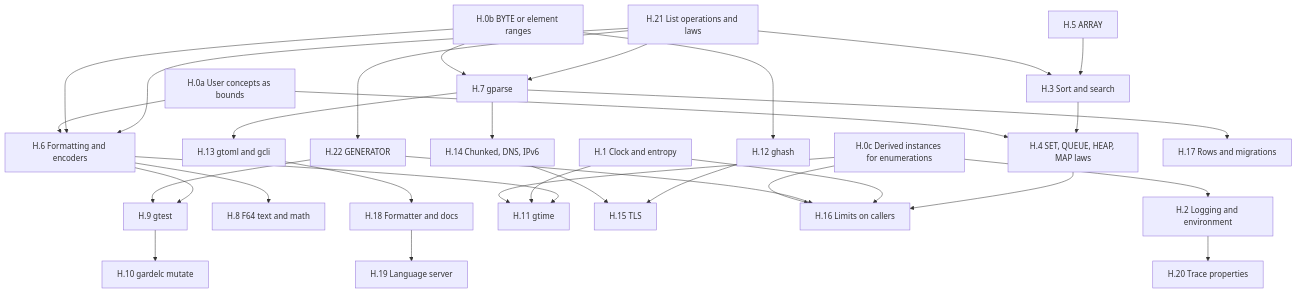
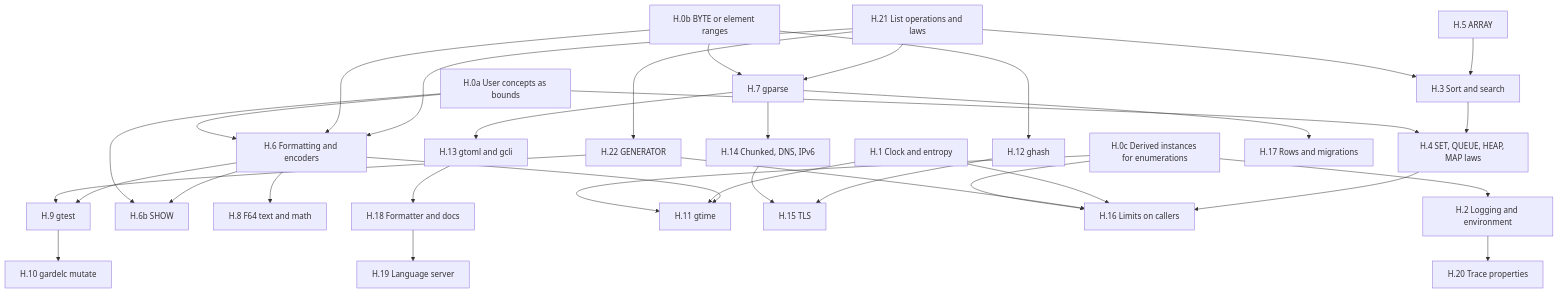
The diagram in plan/libraries/library_essentials.md (GardelPL/gardel), drawn with Mermaid before and after one commit. The commit also changed other lines of this file and 16 other files, not shown here.

````diff
--- a/plan/libraries/library_essentials.md
+++ b/plan/libraries/library_essentials.md
@@ -70,55 +70,58 @@
 ```mermaid
 flowchart TD
     H0a["H.0a User concepts as bounds"]
     H0b["H.0b BYTE or element ranges"]
     H0c["H.0c Derived instances for enumerations"]
     H21["H.21 List operations and laws"]
     H22["H.22 GENERATOR"]
     H1["H.1 Clock and entropy"]
     H2["H.2 Logging and environment"]
     H3["H.3 Sort and search"]
     H4["H.4 SET, QUEUE, HEAP, MAP laws"]
     H5["H.5 ARRAY"]
     H6["H.6 Formatting and encoders"]
+    H6b["H.6b SHOW"]
     H7["H.7 gparse"]
     H8["H.8 F64 text and math"]
     H9["H.9 gtest"]
     H10["H.10 gardelc mutate"]
     H11["H.11 gtime"]
     H12["H.12 ghash"]
     H13["H.13 gtoml and gcli"]
     H14["H.14 Chunked, DNS, IPv6"]
     H15["H.15 TLS"]
     H16["H.16 Limits on callers"]
     H17["H.17 Rows and migrations"]
     H18["H.18 Formatter and docs"]
     H19["H.19 Language server"]
     H20["H.20 Trace properties"]
     H0a --> H4
     H0a --> H6
+    H0a --> H6b
+    H6 --> H6b
     H0b --> H6
     H0b --> H7
     H0c --> H2
     H0c --> H11
     H0c --> H16
     H21 --> H3
     H21 --> H6
     H21 --> H7
     H21 --> H22
     H22 --> H9
     H22 --> H16
     H5 --> H3 --> H4
     H1 --> H11
     H1 --> H16
     H6 --> H8
     H6 --> H9 --> H10
     H6 --> H11
     H0b --> H12
     H7 --> H13
     H7 --> H14 --> H15
     H12 --> H15
     H4 --> H16
     H7 --> H17
     H13 --> H18 --> H19
     H2 --> H20
 ```
````
